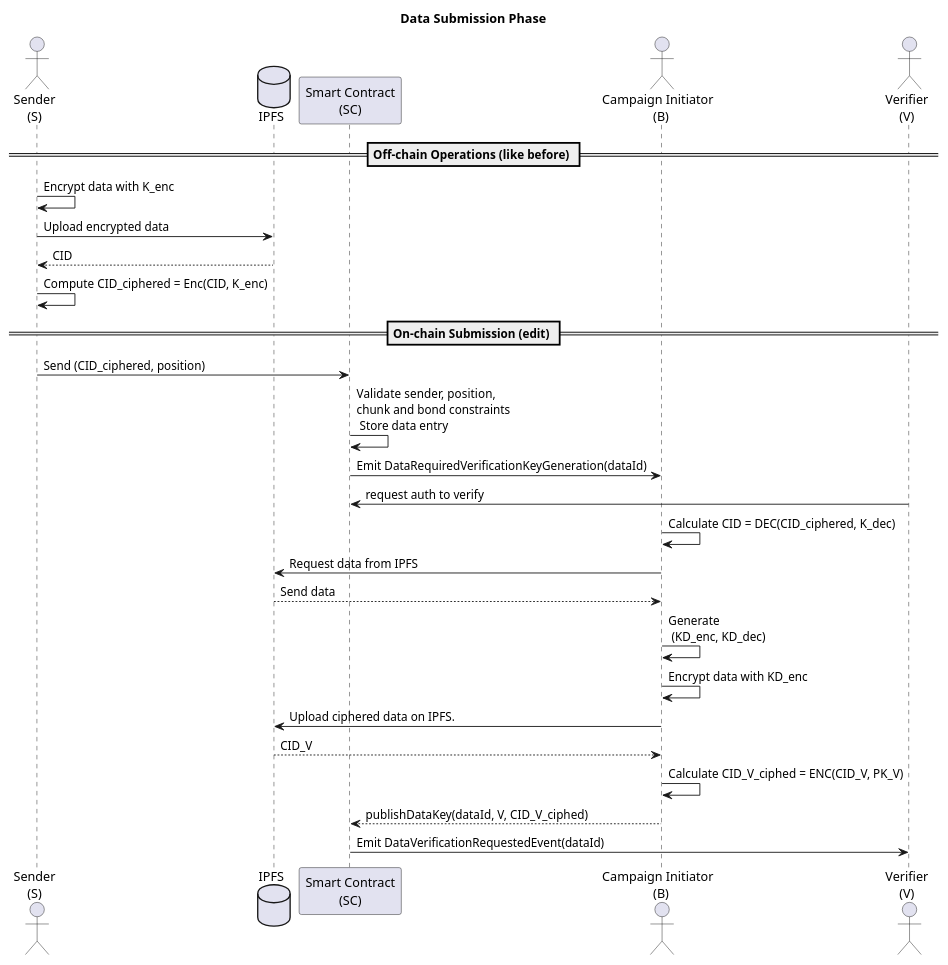
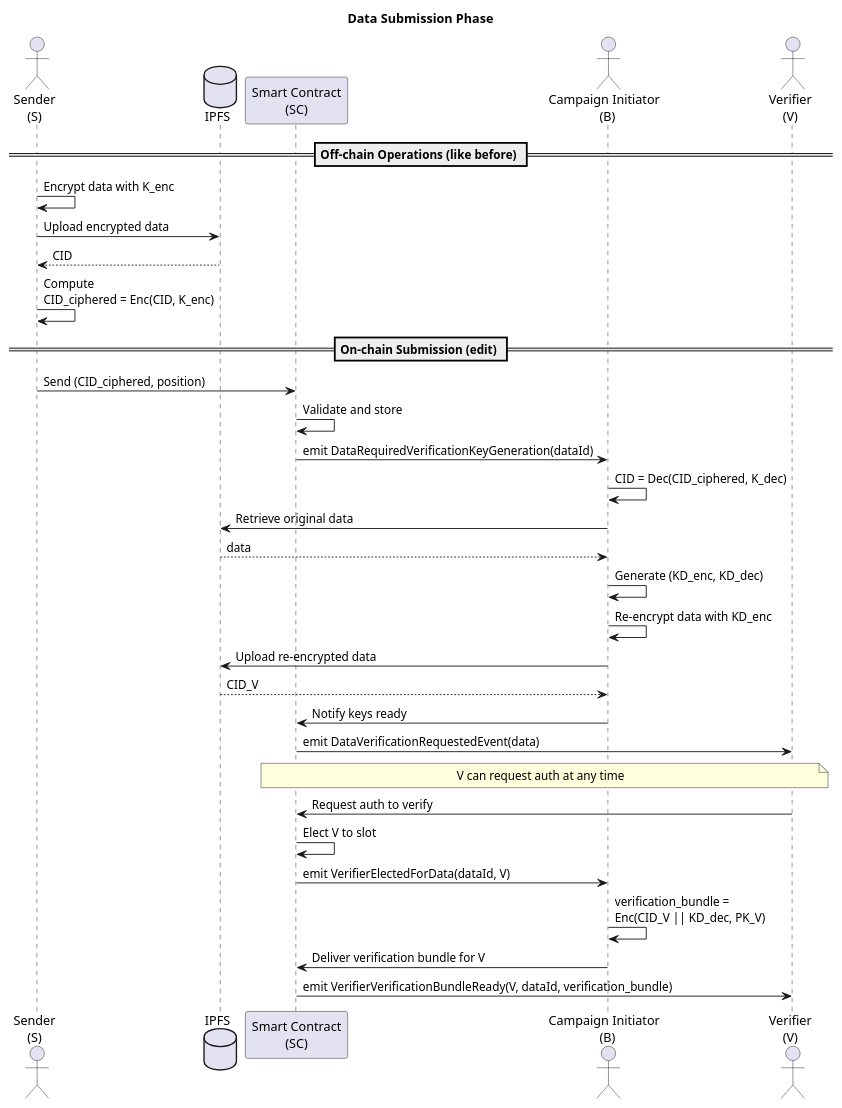
One commit to romanellas24/thesis-crowdsensing-latex changed the diagram in src/diagrams/proto-design-workflow-data-submission-novel.puml. Above: the diagram before and after it, drawn with PlantUML. The commit also changed 3 other files, not shown here.

```diff
--- a/src/diagrams/proto-design-workflow-data-submission-novel.puml
+++ b/src/diagrams/proto-design-workflow-data-submission-novel.puml
@@ -1,42 +1,46 @@
 @startuml data_submission
 title Data Submission Phase
 
 actor "Sender\n(S)" as S
 database "IPFS" as IPFS
 participant "Smart Contract\n(SC)" as SC
 actor "Campaign Initiator \n (B)" as B
 actor "Verifier\n(V)" as V
 
 == Off-chain Operations (like before) ==
 
 S -> S : Encrypt data with K_enc
 S -> IPFS : Upload encrypted data
 IPFS --> S : CID
 
-S -> S : Compute CID_ciphered = Enc(CID, K_enc)
+S -> S : Compute \nCID_ciphered = Enc(CID, K_enc)
 
 == On-chain Submission (edit) ==
 
 S -> SC : Send (CID_ciphered, position)
-SC -> SC : Validate sender, position,\nchunk and bond constraints \n Store data entry
+SC -> SC : Validate and store
 
-SC -> B : Emit DataRequiredVerificationKeyGeneration(dataId)
-V -> SC: request auth to verify
+SC -> B : emit DataRequiredVerificationKeyGeneration(dataId)
 
-B -> B: Calculate CID = DEC(CID_ciphered, K_dec)
-B -> IPFS: Request data from IPFS
-IPFS --> B: Send data
+B -> B : CID = Dec(CID_ciphered, K_dec)
+B -> IPFS : Retrieve original data
+IPFS --> B : data
+B -> B : Generate (KD_enc, KD_dec)
+B -> B : Re-encrypt data with KD_enc
+B -> IPFS : Upload re-encrypted data
+IPFS --> B : CID_V
+B -> SC: Notify keys ready
+SC -> V: emit DataVerificationRequestedEvent(data)
 
-B -> B: Generate\n (KD_enc, KD_dec)
-B -> B: Encrypt data with KD_enc
 
-B -> IPFS: Upload ciphered data on IPFS.
-IPFS --> B: CID_V
+    note over V, SC : V can request auth at any time
+V -> SC : Request auth to verify
+SC -> SC : Elect V to slot
 
-B -> B: Calculate CID_V_ciphed = ENC(CID_V, PK_V)
+SC -> B : emit VerifierElectedForData(dataId, V)
+B -> B : verification_bundle = \nEnc(CID_V || KD_dec, PK_V)
+B -> SC : Deliver verification bundle for V
 
-B --> SC: publishDataKey(dataId, V, CID_V_ciphed)
-
-SC -> V : Emit DataVerificationRequestedEvent(dataId)
+SC -> V : emit VerifierVerificationBundleReady(V, dataId, verification_bundle)
 
 @enduml
```
